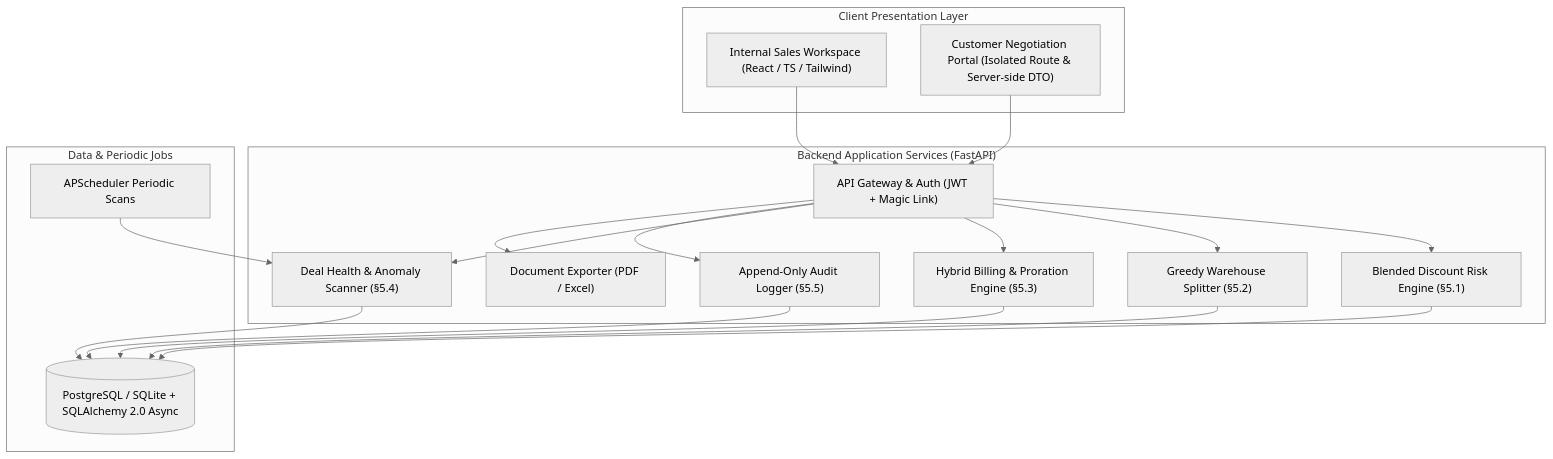
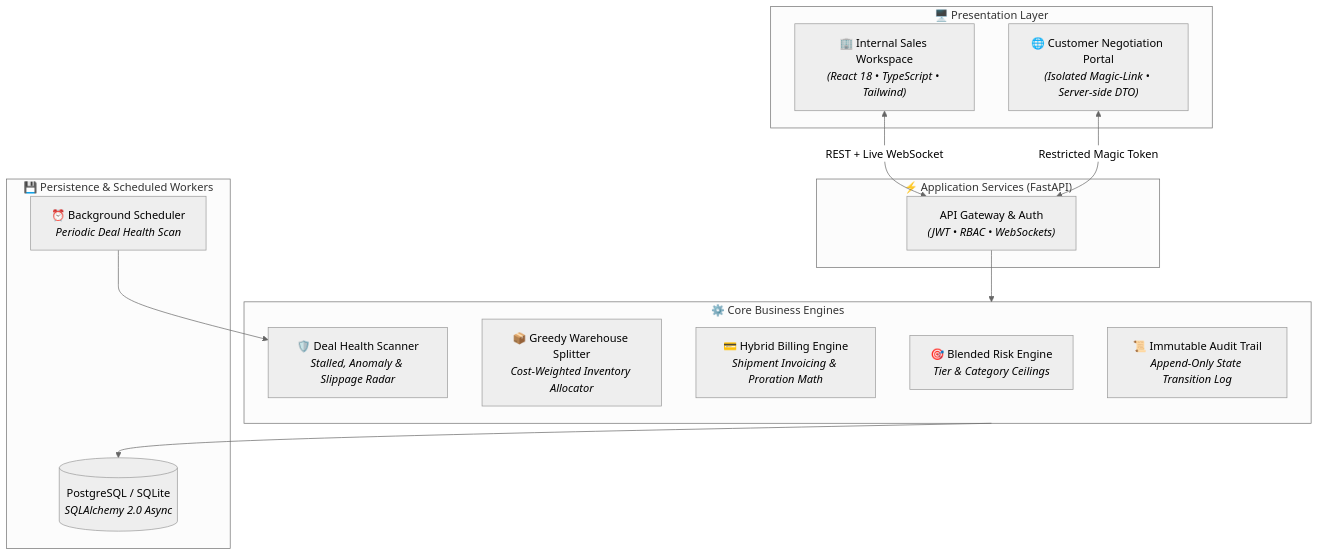
The diagram in README.md (MSGitHub127/DealFlowTeam823), drawn with Mermaid (neutral theme) before and after one commit. The commit also changed other lines of this file, not shown here.

First line of the commit message:
docs(readme): overhaul styling, fix KaTeX syntax errors, and polish architecture diagram

````diff
--- a/README.md
+++ b/README.md
@@ -11,37 +40,30 @@
 ```mermaid
-graph TD
-    subgraph Client ["Client Presentation Layer"]
-        A["Internal Sales Workspace (React / TS / Tailwind)"]
-        B["Customer Negotiation Portal (Isolated Route & Server-side DTO)"]
+flowchart TD
+    subgraph Clients ["🖥️ Presentation Layer"]
+        A["🏢 Internal Sales Workspace<br/><i>(React 18 • TypeScript • Tailwind)</i>"]
+        B["🌐 Customer Negotiation Portal<br/><i>(Isolated Magic-Link • Server-side DTO)</i>"]
     end
 
-    subgraph Backend ["Backend Application Services (FastAPI)"]
-        C["API Gateway & Auth (JWT + Magic Link)"]
-        D["Blended Discount Risk Engine (§5.1)"]
-        E["Greedy Warehouse Splitter (§5.2)"]
-        F["Hybrid Billing & Proration Engine (§5.3)"]
-        G["Deal Health & Anomaly Scanner (§5.4)"]
-        H["Append-Only Audit Logger (§5.5)"]
-        I["Document Exporter (PDF / Excel)"]
+    subgraph Gateway ["⚡ Application Services (FastAPI)"]
+        C["API Gateway & Auth<br/><i>(JWT • RBAC • WebSockets)</i>"]
     end
 
-    subgraph Data ["Data & Periodic Jobs"]
-        J[(PostgreSQL / SQLite + SQLAlchemy 2.0 Async)]
-        K["APScheduler Periodic Scans"]
+    subgraph Engines ["⚙️ Core Business Engines"]
+        E1["🎯 Blended Risk Engine<br/><i>Tier & Category Ceilings</i>"]
+        E2["📦 Greedy Warehouse Splitter<br/><i>Cost-Weighted Inventory Allocator</i>"]
+        E3["💳 Hybrid Billing Engine<br/><i>Shipment Invoicing & Proration Math</i>"]
+        E4["🛡️ Deal Health Scanner<br/><i>Stalled, Anomaly & Slippage Radar</i>"]
+        E5["📜 Immutable Audit Trail<br/><i>Append-Only State Transition Log</i>"]
     end
 
-    A --> C
-    B --> C
-    C --> D
-    C --> E
-    C --> F
-    C --> G
-    C --> H
-    C --> I
-    D --> J
-    E --> J
-    F --> J
-    G --> J
-    H --> J
-    K --> G
+    subgraph Persistence ["💾 Persistence & Scheduled Workers"]
+        DB[("PostgreSQL / SQLite<br/><i>SQLAlchemy 2.0 Async</i>")]
+        CRON["⏰ Background Scheduler<br/><i>Periodic Deal Health Scan</i>"]
+    end
+
+    A <-->|REST + Live WebSocket| C
+    B <-->|Restricted Magic Token| C
+    C --> Engines
+    Engines --> DB
+    CRON --> E4
 ```
````
